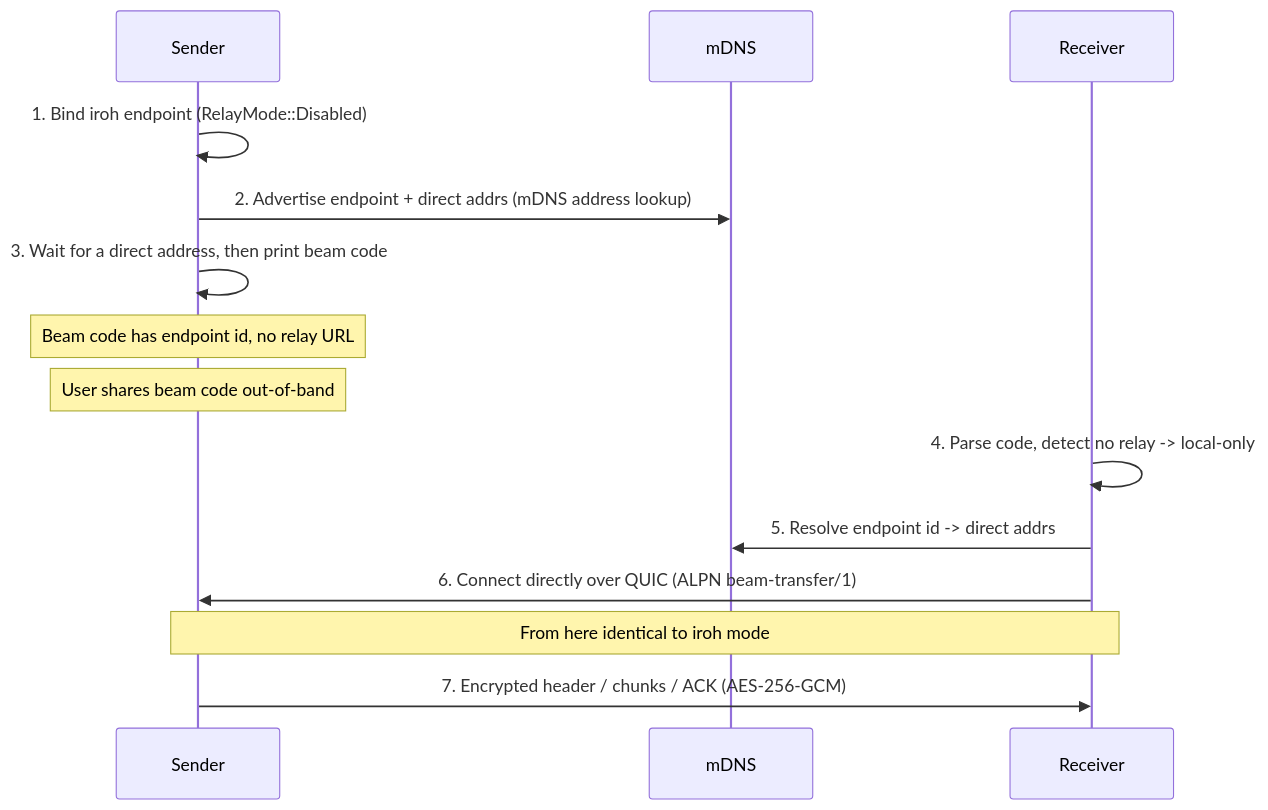
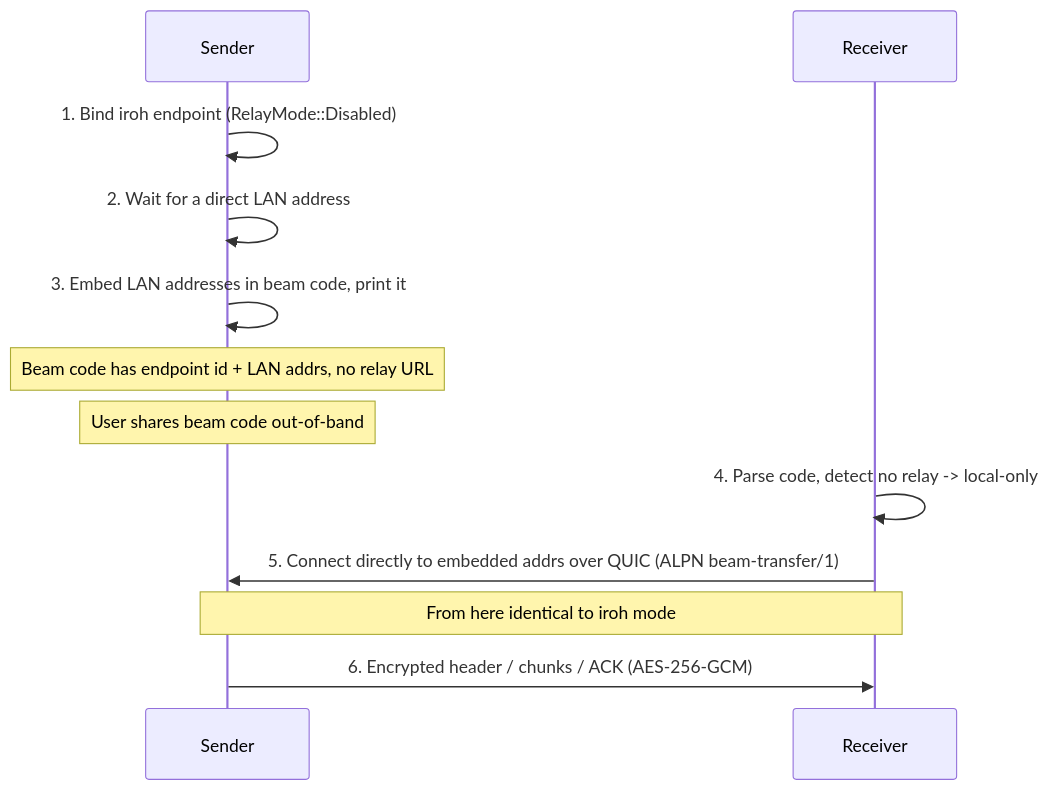
The fourth of 4 diagrams in docs/ARCHITECTURE.md (andrewtheguy/beam-rs), drawn with Mermaid before and after one commit. The commit also changed other lines of this file and 7 other files, not shown here.

````diff
--- a/docs/ARCHITECTURE.md
+++ b/docs/ARCHITECTURE.md
@@ -163,20 +166,18 @@
 ```mermaid
 sequenceDiagram
     participant Sender
-    participant mDNS
     participant Receiver
 
     Sender->>Sender: 1. Bind iroh endpoint (RelayMode::Disabled)
-    Sender->>mDNS: 2. Advertise endpoint + direct addrs (mDNS address lookup)
-    Sender->>Sender: 3. Wait for a direct address, then print beam code
-    Note over Sender: Beam code has endpoint id, no relay URL
+    Sender->>Sender: 2. Wait for a direct LAN address
+    Sender->>Sender: 3. Embed LAN addresses in beam code, print it
+    Note over Sender: Beam code has endpoint id + LAN addrs, no relay URL
 
     Note over Sender: User shares beam code out-of-band
 
     Receiver->>Receiver: 4. Parse code, detect no relay -> local-only
-    Receiver->>mDNS: 5. Resolve endpoint id -> direct addrs
-    Receiver->>Sender: 6. Connect directly over QUIC (ALPN beam-transfer/1)
+    Receiver->>Sender: 5. Connect directly to embedded addrs over QUIC (ALPN beam-transfer/1)
 
     Note over Sender,Receiver: From here identical to iroh mode
-    Sender->>Receiver: 7. Encrypted header / chunks / ACK (AES-256-GCM)
+    Sender->>Receiver: 6. Encrypted header / chunks / ACK (AES-256-GCM)
 ```
````
